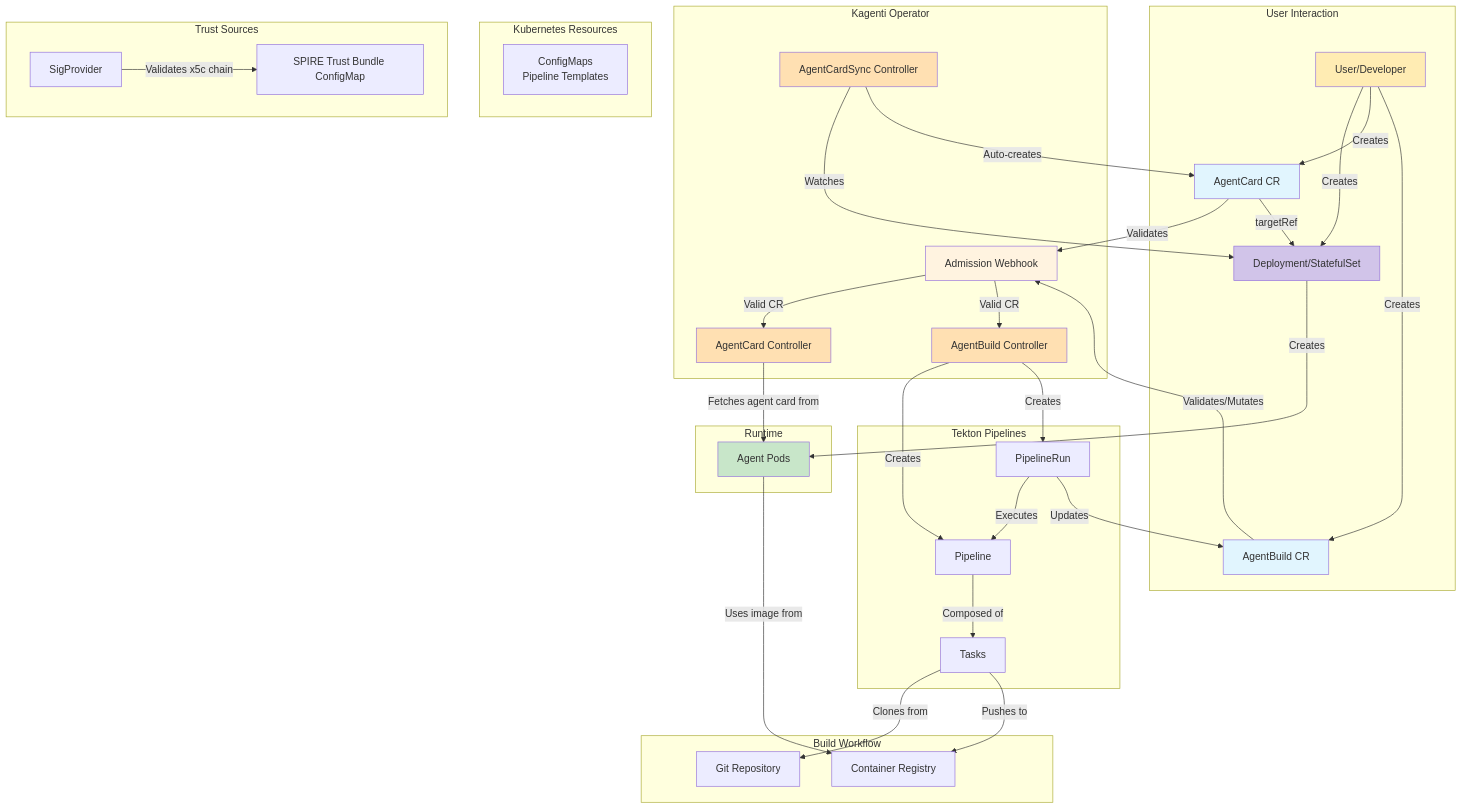
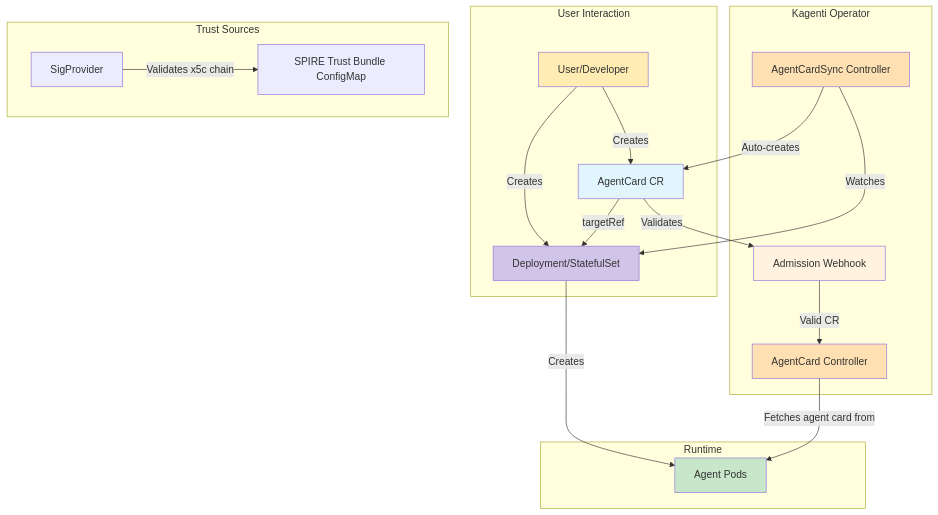
One commit to DeanKelly751/kagenti-operator changed the diagram in kagenti-operator/docs/architecture.md. Above: the diagram before and after it, drawn with Mermaid. The commit also changed other lines of this file and 2 other files, not shown here.

First line of the commit message:
docs: remove AgentBuild references from operator documentation

````diff
--- a/kagenti-operator/docs/architecture.md
+++ b/kagenti-operator/docs/architecture.md
@@ -87,74 +75,41 @@
 ```mermaid
 graph TB
     subgraph "User Interaction"
         User[User/Developer]
         User -->|Creates| Deployment[Deployment/StatefulSet]
         User -->|Creates| CardCR[AgentCard CR]
-        User -->|Creates| BuildCR[AgentBuild CR]
     end
 
     subgraph "Kagenti Operator"
         Webhook[Admission Webhook]
         CardController[AgentCard Controller]
         SyncController[AgentCardSync Controller]
-        BuildController[AgentBuild Controller]
-
         CardCR -->|Validates| Webhook
-        BuildCR -->|Validates/Mutates| Webhook
 
         Webhook -->|Valid CR| CardController
-        Webhook -->|Valid CR| BuildController
-    end
-
-    subgraph "Kubernetes Resources"
-        ConfigMap[ConfigMaps<br/>Pipeline Templates]
-    end
-
-    subgraph "Tekton Pipelines"
-        Pipeline[Pipeline]
-        PipelineRun[PipelineRun]
-        Task[Tasks]
-
-        BuildController -->|Creates| Pipeline
-        BuildController -->|Creates| PipelineRun
-        Pipeline -->|Composed of| Task
-        PipelineRun -->|Executes| Pipeline
-
-        PipelineRun -->|Updates| BuildCR
-    end
-
-    subgraph "Build Workflow"
-        Git[Git Repository]
-        Registry[Container Registry]
-
-        Task -->|Clones from| Git
-        Task -->|Pushes to| Registry
     end
 
     subgraph "Runtime"
         Pod[Agent Pods]
 
         Deployment -->|Creates| Pod
-        Pod -->|Uses image from| Registry
         CardController -->|Fetches agent card from| Pod
     end
 
     subgraph "Trust Sources"
         TrustBundle[SPIRE Trust Bundle ConfigMap]
         SigProvider -->|Validates x5c chain| TrustBundle
     end
 
     SyncController -->|Watches| Deployment
     SyncController -->|Auto-creates| CardCR
     CardCR -->|targetRef| Deployment
 
     style User fill:#ffecb3
     style CardCR fill:#e1f5fe
-    style BuildCR fill:#e1f5fe
     style Webhook fill:#fff3e0
     style CardController fill:#ffe0b2
     style SyncController fill:#ffe0b2
-    style BuildController fill:#ffe0b2
     style Deployment fill:#d1c4e9
     style Pod fill:#c8e6c9
 ```
````
